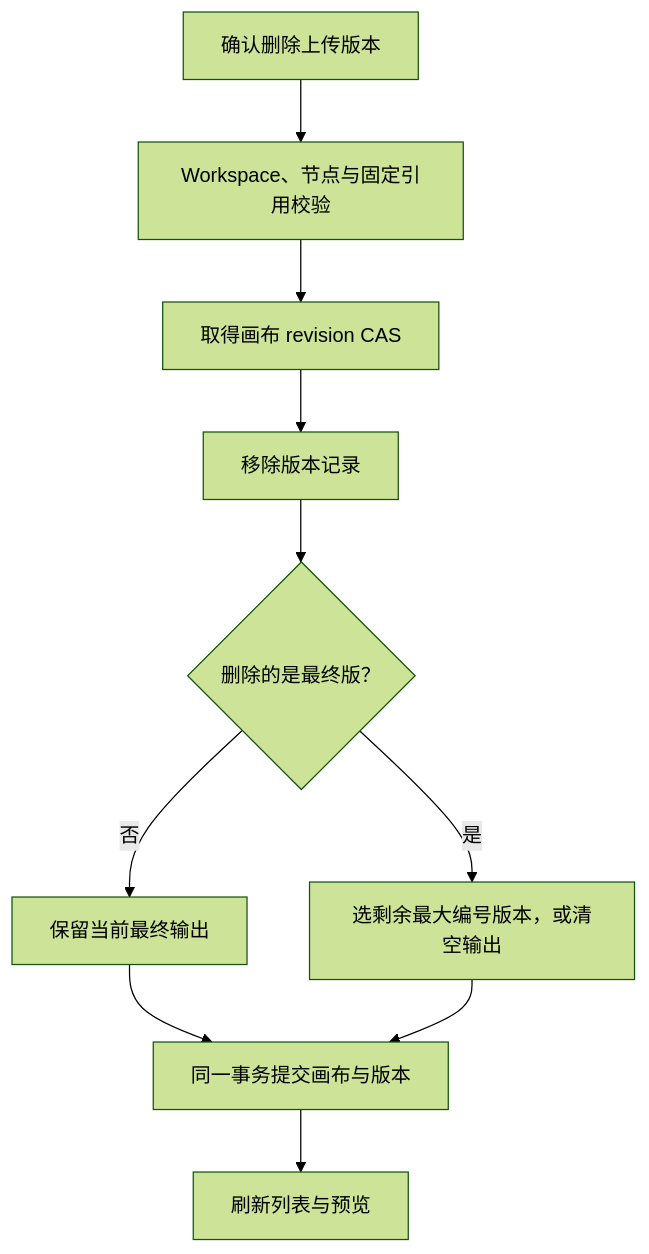
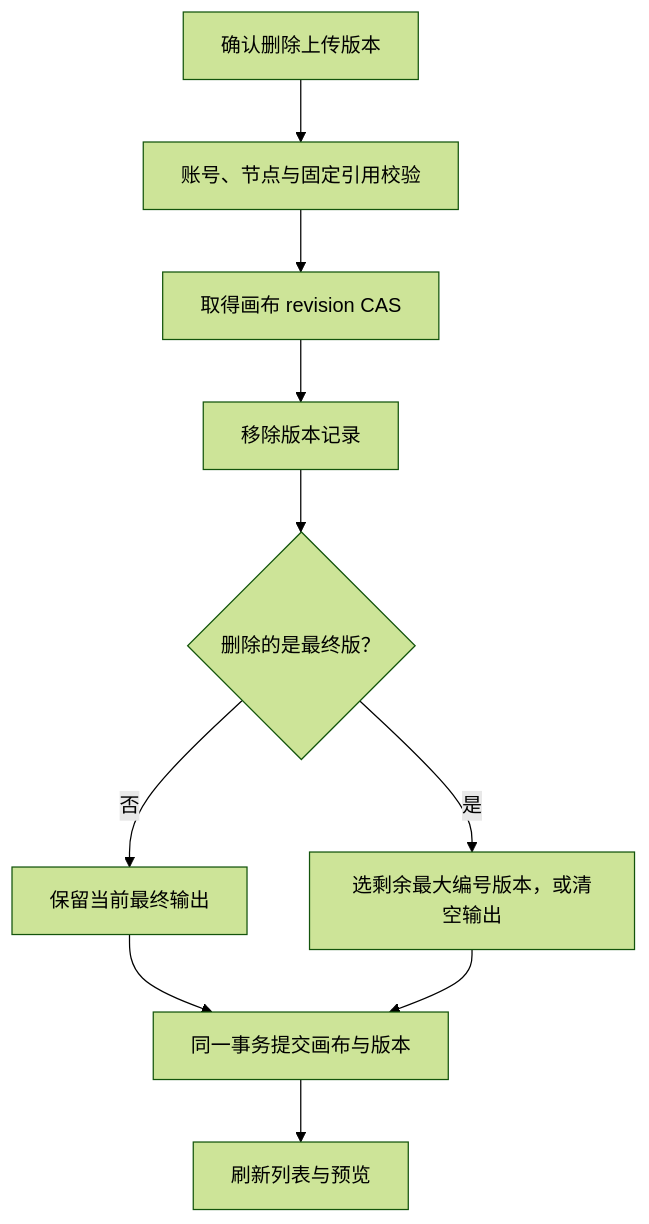
The third of 4 diagrams in web/src/features/thought-workshop/official/content/technical/visual-workshop.md (EmiyaredA/Future-Props-Lab), drawn with Mermaid (forest theme) before and after one commit. The commit also changed other lines of this file and 721 other files, not shown here.

````diff
--- a/web/src/features/thought-workshop/official/content/technical/visual-workshop.md
+++ b/web/src/features/thought-workshop/official/content/technical/visual-workshop.md
@@ -98,12 +98,12 @@
 ```mermaid
 flowchart TD
-  D[确认删除上传版本] --> V[Workspace、节点与固定引用校验]
+  D[确认删除上传版本] --> V[账号、节点与固定引用校验]
   V --> C[取得画布 revision CAS]
   C --> H[移除版本记录]
   H --> F{删除的是最终版？}
   F -->|否| U[保留当前最终输出]
   F -->|是| R[选剩余最大编号版本，或清空输出]
   U --> S[同一事务提交画布与版本]
   R --> S
   S --> P[刷新列表与预览]
 ```
````
